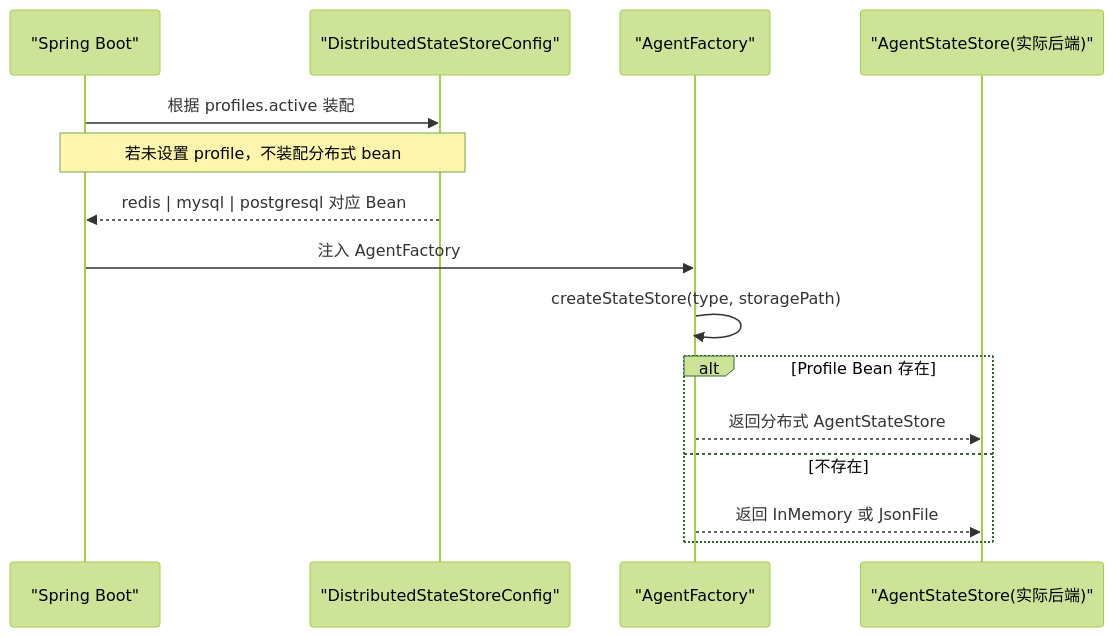
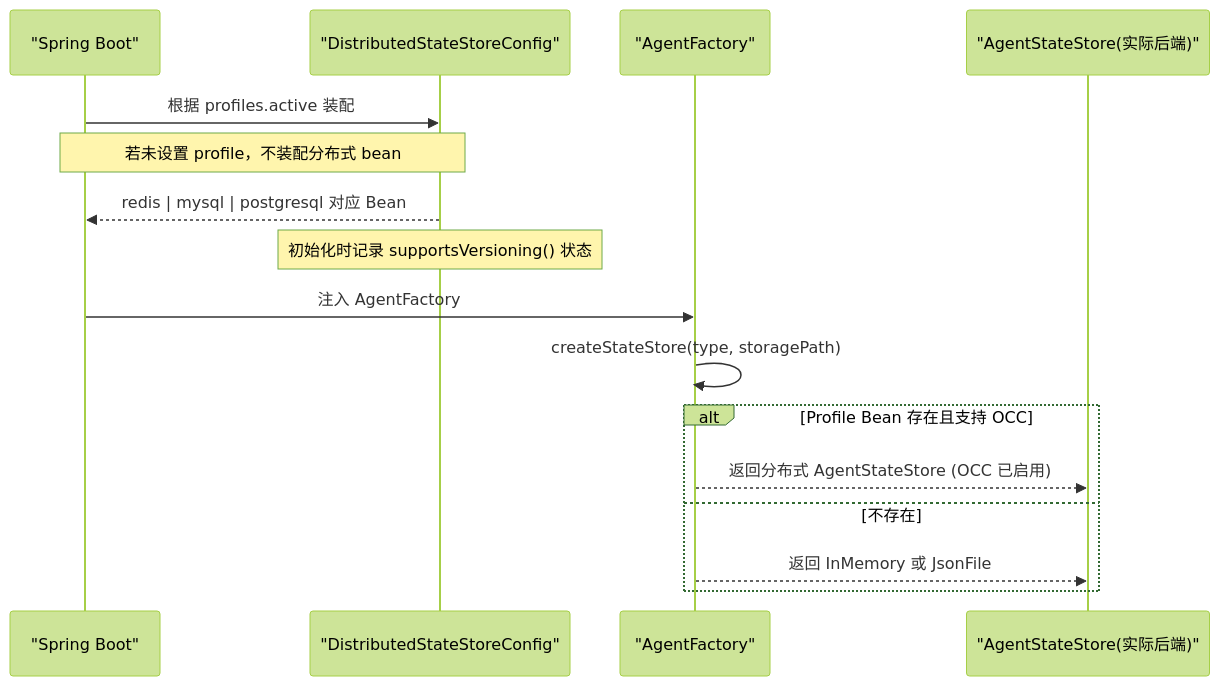
One commit to tinyhu/agentscope-demo changed the second of 6 diagrams in .qoder/repowiki/zh/content/部署与运维/存储后端配置.md. Above: the diagram before and after it, drawn with Mermaid (forest theme). The commit also changed other lines of this file and 111 other files, not shown here.

````diff
--- a/.qoder/repowiki/zh/content/部署与运维/存储后端配置.md
+++ b/.qoder/repowiki/zh/content/部署与运维/存储后端配置.md
@@ -68,18 +80,18 @@
 ```mermaid
 sequenceDiagram
-    participant Boot as "Spring Boot"
-    participant CFG as "DistributedStateStoreConfig"
-    participant AF as "AgentFactory"
-    participant Store as "AgentStateStore(实际后端)"
-
-    Boot->>CFG: 根据 profiles.active 装配
-    Note over Boot,CFG: 若未设置 profile，不装配分布式 bean
-    CFG-->>Boot: redis | mysql | postgresql 对应 Bean
-    Boot->>AF: 注入 AgentFactory
-    AF->>AF: createStateStore(type, storagePath)
-    alt Profile Bean 存在
-        AF-->>Store: 返回分布式 AgentStateStore
-    else 不存在
-        AF-->>Store: 返回 InMemory 或 JsonFile
-    end
+participant Boot as "Spring Boot"
+participant CFG as "DistributedStateStoreConfig"
+participant AF as "AgentFactory"
+participant Store as "AgentStateStore(实际后端)"
+Boot->>CFG : 根据 profiles.active 装配
+Note over Boot,CFG : 若未设置 profile，不装配分布式 bean
+CFG-->>Boot : redis | mysql | postgresql 对应 Bean
+Note over CFG : 初始化时记录 supportsVersioning() 状态
+Boot->>AF : 注入 AgentFactory
+AF->>AF : createStateStore(type, storagePath)
+alt Profile Bean 存在且支持 OCC
+AF-->>Store : 返回分布式 AgentStateStore (OCC 已启用)
+else 不存在
+AF-->>Store : 返回 InMemory 或 JsonFile
+end
 ```
````
